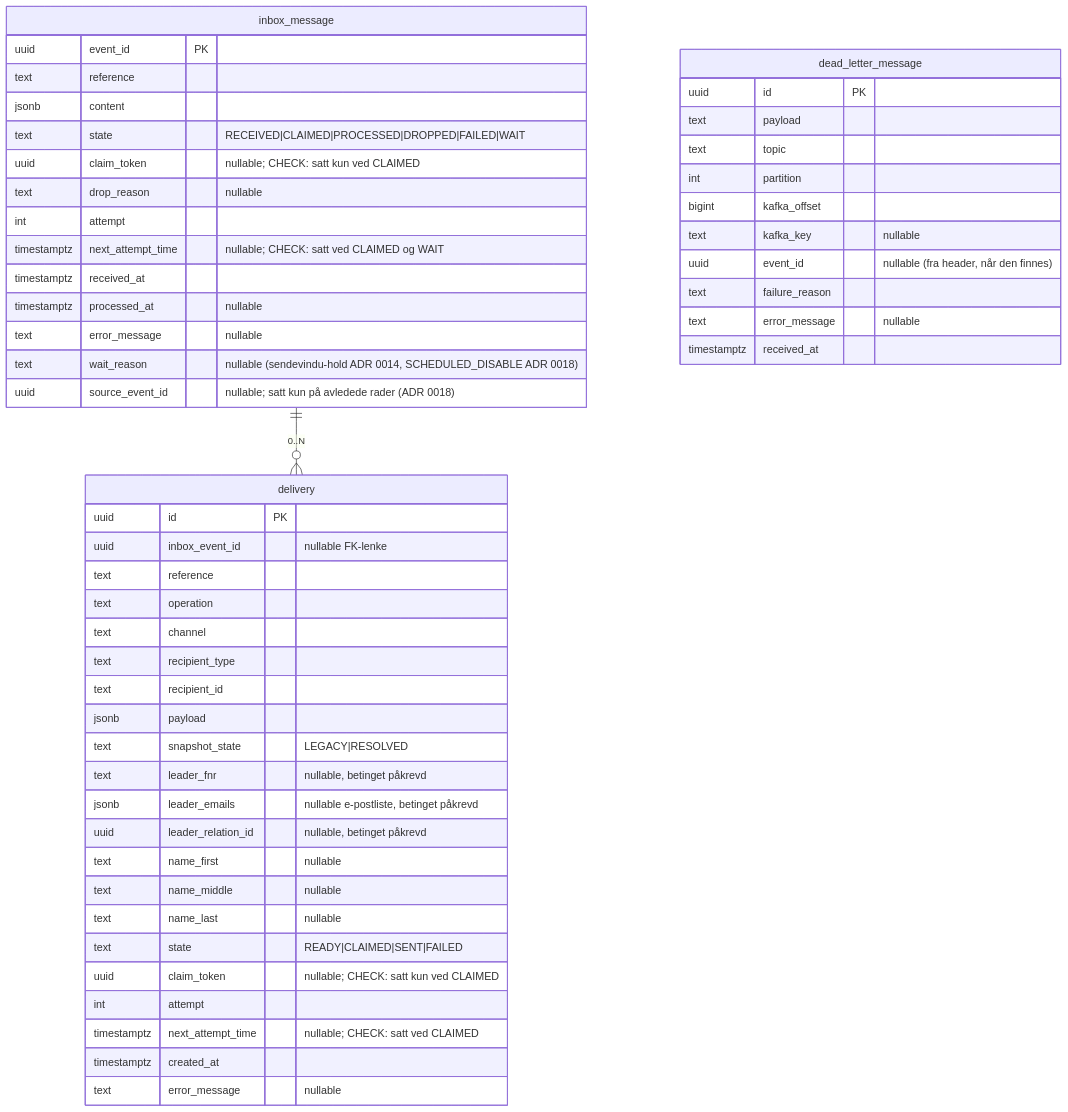
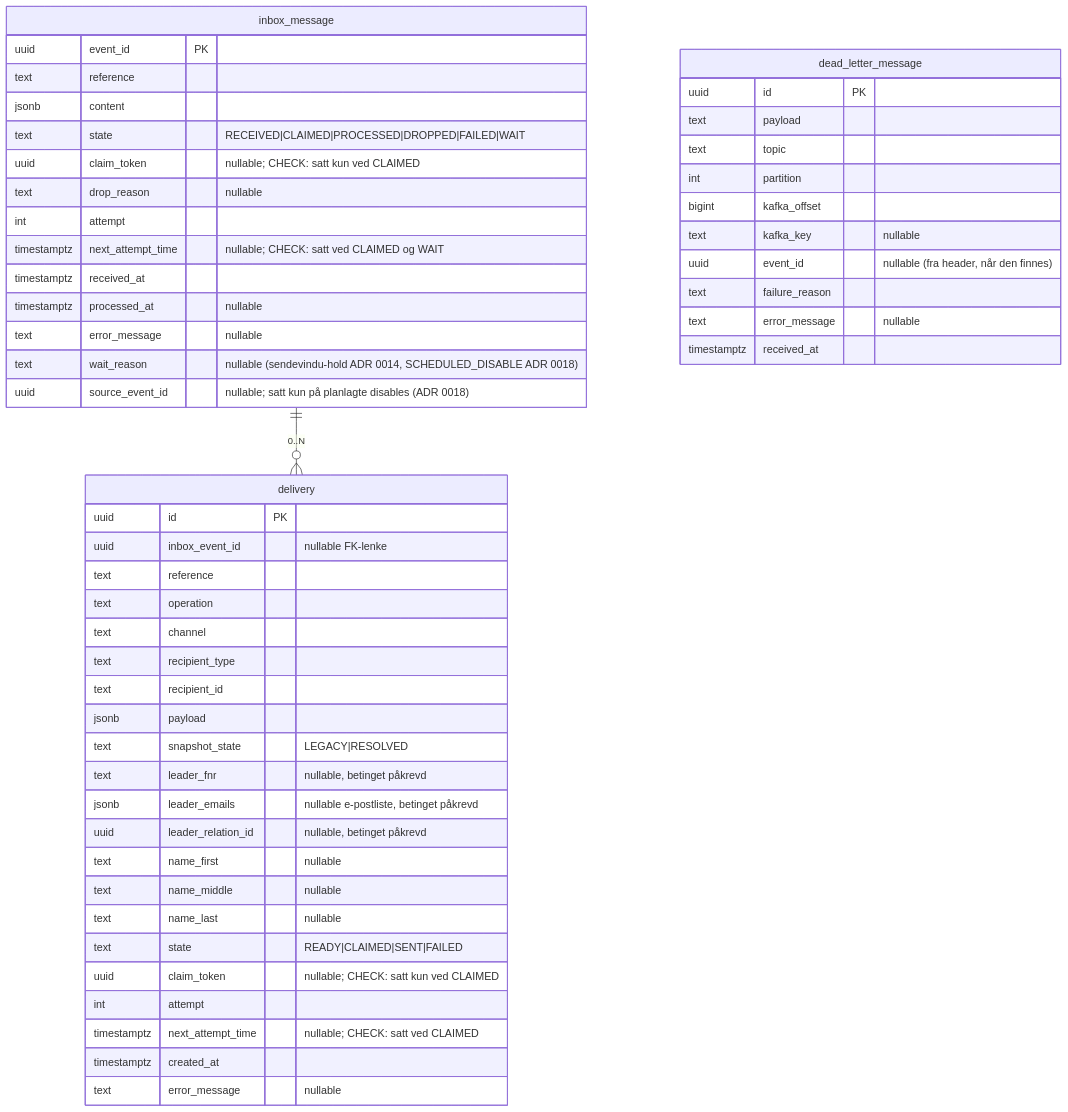
One commit to navikt/syfo-budstikka changed the diagram in docs/datamodell.md. Above: the diagram before and after it, drawn with Mermaid. The commit also changed other lines of this file and 1 other file, not shown here.

````diff
--- a/docs/datamodell.md
+++ b/docs/datamodell.md
@@ -8,57 +8,57 @@
 ```mermaid
 erDiagram
     inbox_message ||--o{ delivery : "0..N"
 
     inbox_message {
         uuid        event_id PK
         text        reference
         jsonb       content
         text        state "RECEIVED|CLAIMED|PROCESSED|DROPPED|FAILED|WAIT"
         uuid        claim_token "nullable; CHECK: satt kun ved CLAIMED"
         text        drop_reason "nullable"
         int         attempt
         timestamptz next_attempt_time "nullable; CHECK: satt ved CLAIMED og WAIT"
         timestamptz received_at
         timestamptz processed_at "nullable"
         text        error_message "nullable"
         text        wait_reason "nullable (sendevindu-hold ADR 0014, SCHEDULED_DISABLE ADR 0018)"
-        uuid        source_event_id "nullable; satt kun på avledede rader (ADR 0018)"
+        uuid        source_event_id "nullable; satt kun på planlagte disables (ADR 0018)"
     }
 
     delivery {
         uuid        id PK
         uuid        inbox_event_id "nullable FK-lenke"
         text        reference
         text        operation
         text        channel
         text        recipient_type
         text        recipient_id
         jsonb       payload
         text        snapshot_state "LEGACY|RESOLVED"
         text        leader_fnr "nullable, betinget påkrevd"
         jsonb       leader_emails "nullable e-postliste, betinget påkrevd"
         uuid        leader_relation_id "nullable, betinget påkrevd"
         text        name_first "nullable"
         text        name_middle "nullable"
         text        name_last "nullable"
         text        state "READY|CLAIMED|SENT|FAILED"
         uuid        claim_token "nullable; CHECK: satt kun ved CLAIMED"
         int         attempt
         timestamptz next_attempt_time "nullable; CHECK: satt ved CLAIMED"
         timestamptz created_at
         text        error_message "nullable"
     }
 
     dead_letter_message {
         uuid        id PK
         text        payload
         text        topic
         int         partition
         bigint      kafka_offset
         text        kafka_key "nullable"
         uuid        event_id "nullable (fra header, når den finnes)"
         text        failure_reason
         text        error_message "nullable"
         timestamptz received_at
     }
 ```
````
